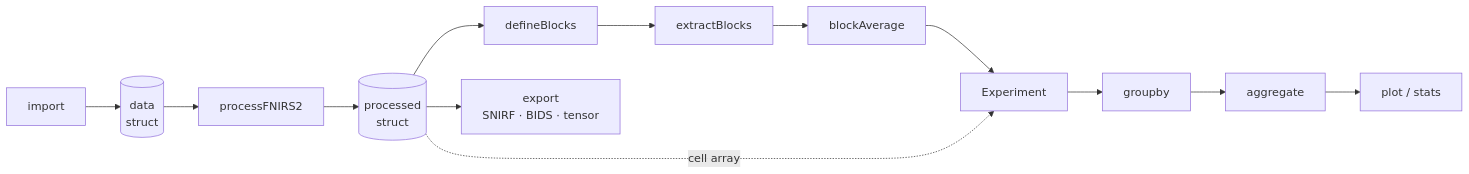
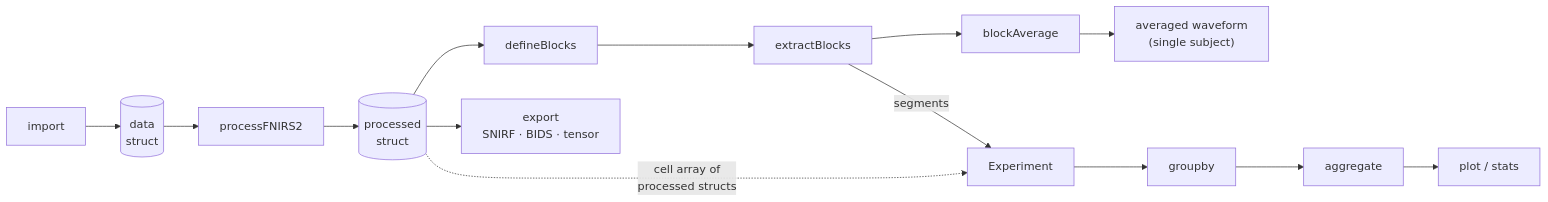
Before and after one commit to AdrianCurtin/processFNIRS2: the second of 6 diagrams in docs/ARCHITECTURE.md, drawn with Mermaid. The commit also changed other lines of this file and 17 other files, not shown here.

````diff
--- a/docs/ARCHITECTURE.md
+++ b/docs/ARCHITECTURE.md
@@ -83,10 +83,11 @@
 ```mermaid
 flowchart LR
     imp[import] --> ds[("data<br/>struct")]
     ds --> proc[processFNIRS2] --> ps[("processed<br/>struct")]
-    ps --> db[defineBlocks] --> eb[extractBlocks] --> ba[blockAverage]
+    ps --> db[defineBlocks] --> eb[extractBlocks]
+    eb --> ba[blockAverage] --> wf["averaged waveform<br/>(single subject)"]
+    eb -->|segments| exptl["Experiment"]
+    ps -.->|"cell array of<br/>processed structs"| exptl
     ps --> exp["export<br/>SNIRF · BIDS · tensor"]
-    ba --> exptl["Experiment"]
-    ps -.->|cell array| exptl
     exptl --> gb[groupby] --> ag[aggregate] --> ps2["plot / stats"]
 ```
````
